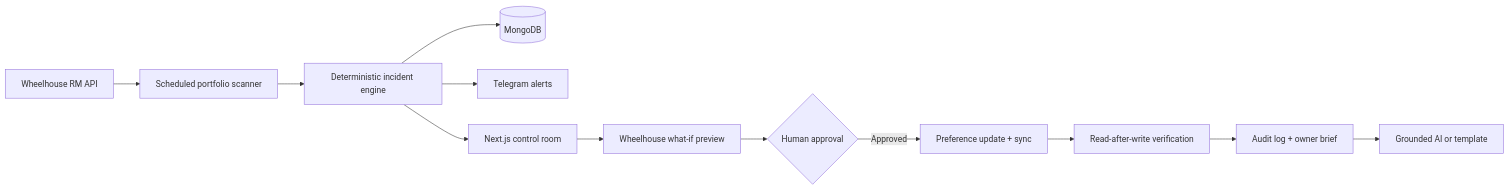
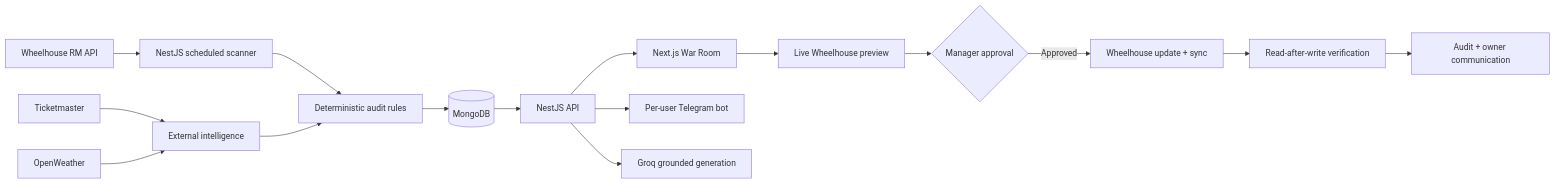
The diagram in docs/ARCHITECTURE.md (samscript18/kivora), drawn with Mermaid before and after one commit. The commit also changed other lines of this file and 6 other files, not shown here.

````diff
--- a/docs/ARCHITECTURE.md
+++ b/docs/ARCHITECTURE.md
@@ -3,14 +3,18 @@
 ```mermaid
 flowchart LR
-  W[Wheelhouse RM API] --> S[Scheduled portfolio scanner]
-  S --> D[Deterministic incident engine]
-  D --> M[(MongoDB)]
-  D --> T[Telegram alerts]
-  D --> UI[Next.js control room]
-  UI --> P[Wheelhouse what-if preview]
-  P --> A{Human approval}
-  A -->|Approved| X[Preference update + sync]
+  W[Wheelhouse RM API] --> S[NestJS scheduled scanner]
+  TM[Ticketmaster] --> I[External intelligence]
+  OW[OpenWeather] --> I
+  S --> R[Deterministic audit rules]
+  I --> R
+  R --> DB[(MongoDB)]
+  DB --> API[NestJS API]
+  API --> UI[Next.js War Room]
+  API --> TG[Per-user Telegram bot]
+  API --> G[Groq grounded generation]
+  UI --> P[Live Wheelhouse preview]
+  P --> A{Manager approval}
+  A -->|Approved| X[Wheelhouse update + sync]
   X --> V[Read-after-write verification]
-  V --> L[Audit log + owner brief]
-  L --> AI[Grounded AI or template]
+  V --> L[Audit + owner communication]
 ```
````
